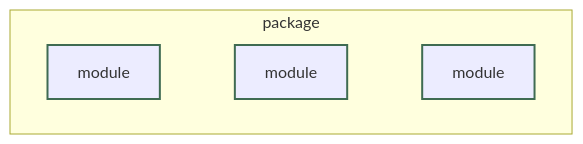
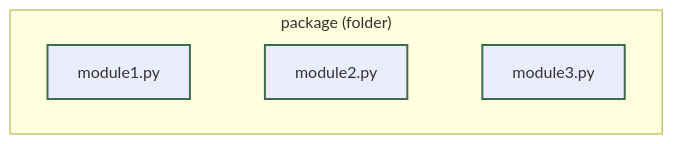
Before and after one commit to luka-sherman/python-field-guide: the first of 4 diagrams in docs/modules.md, drawn with Mermaid. The commit also changed other lines of this file, not shown here.

Commit message:
update modules diagram

````diff
--- a/docs/modules.md
+++ b/docs/modules.md
@@ -13,11 +13,11 @@
 ```mermaid
 flowchart LR
-    subgraph package["package"]
+    subgraph package["package (folder)"]
         direction LR
-        module1["module"] ~~~ module2["module"] ~~~ module3["module"]
+        module1["module1.py"] ~~~ module2["module2.py"] ~~~ module3["module3.py"]
     end
 
     style module1 stroke:#3f6b52,stroke-width:2px
     style module2 stroke:#3f6b52,stroke-width:2px
     style module3 stroke:#3f6b52,stroke-width:2px
 ```
````
